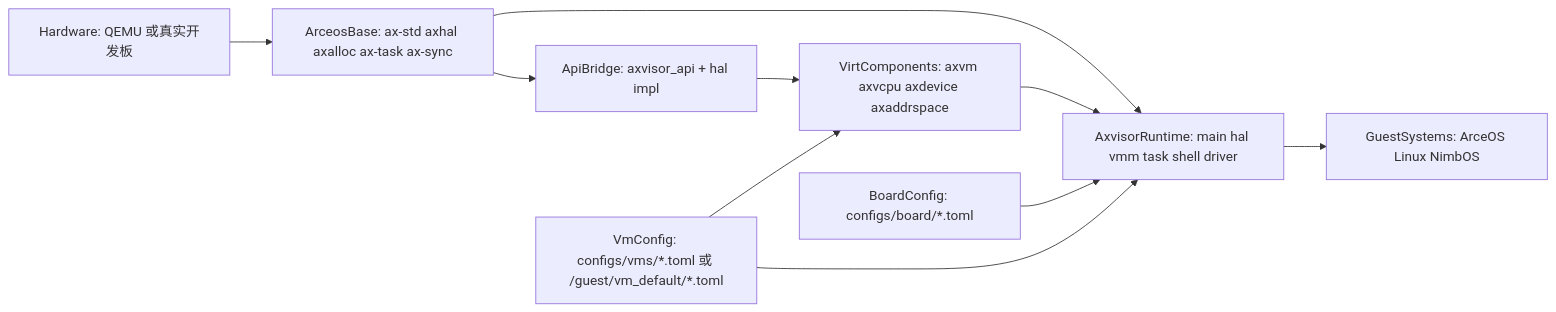
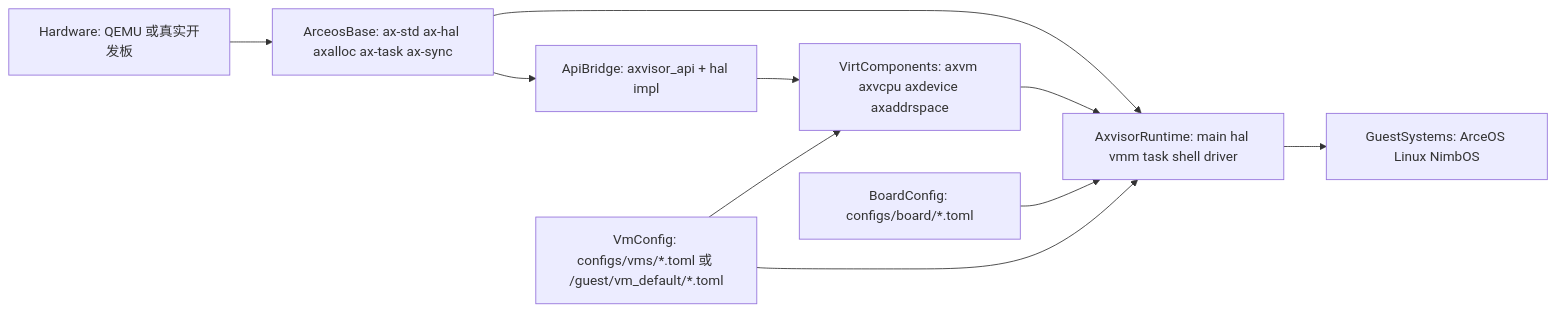
The first of 5 diagrams in docs/axvisor-internals.md (zKurisu/tgoskits), drawn with Mermaid before and after one commit. The commit also changed other lines of this file and 158 other files, not shown here.

Commit message:
rename axhal to ax-hal

````diff
--- a/docs/axvisor-internals.md
+++ b/docs/axvisor-internals.md
@@ -26,21 +26,21 @@
 ```mermaid
 flowchart LR
     hardware["Hardware: QEMU 或真实开发板"]
-    arceosBase["ArceosBase: ax-std axhal axalloc ax-task ax-sync"]
+    arceosBase["ArceosBase: ax-std ax-hal axalloc ax-task ax-sync"]
     virtComponents["VirtComponents: axvm axvcpu axdevice axaddrspace"]
     apiBridge["ApiBridge: axvisor_api + hal impl"]
     axvisorRuntime["AxvisorRuntime: main hal vmm task shell driver"]
     guestSystems["GuestSystems: ArceOS Linux NimbOS"]
     boardConfig["BoardConfig: configs/board/*.toml"]
     vmConfig["VmConfig: configs/vms/*.toml 或 /guest/vm_default/*.toml"]
 
     hardware --> arceosBase
     arceosBase --> apiBridge
     arceosBase --> axvisorRuntime
     virtComponents --> axvisorRuntime
     apiBridge --> virtComponents
     axvisorRuntime --> guestSystems
     boardConfig --> axvisorRuntime
     vmConfig --> axvisorRuntime
     vmConfig --> virtComponents
 ```
````
